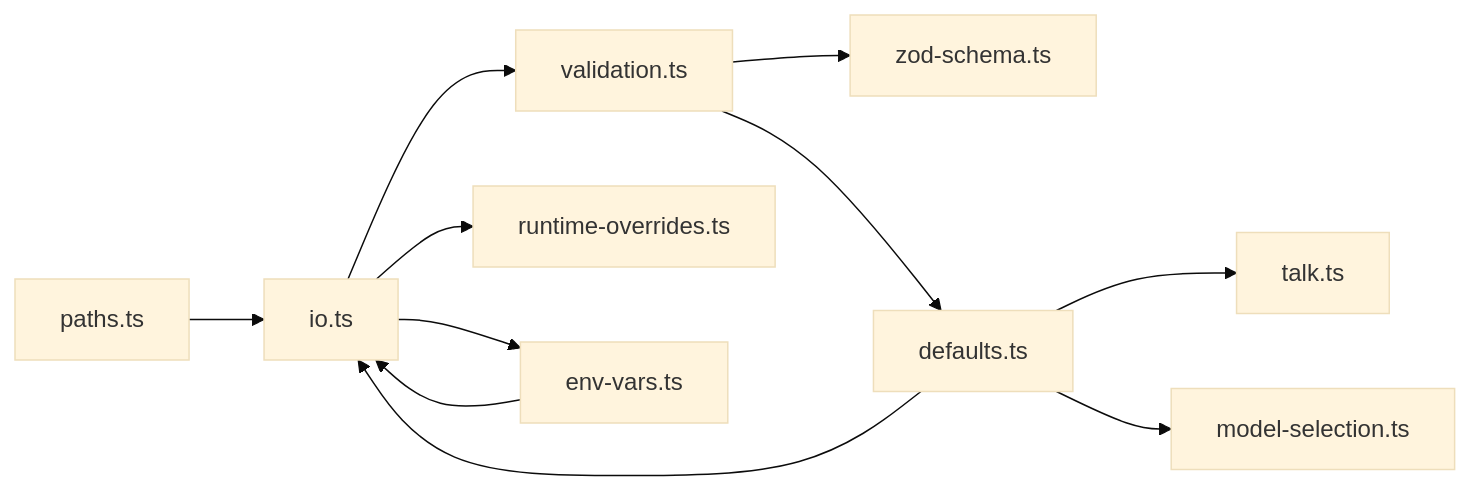
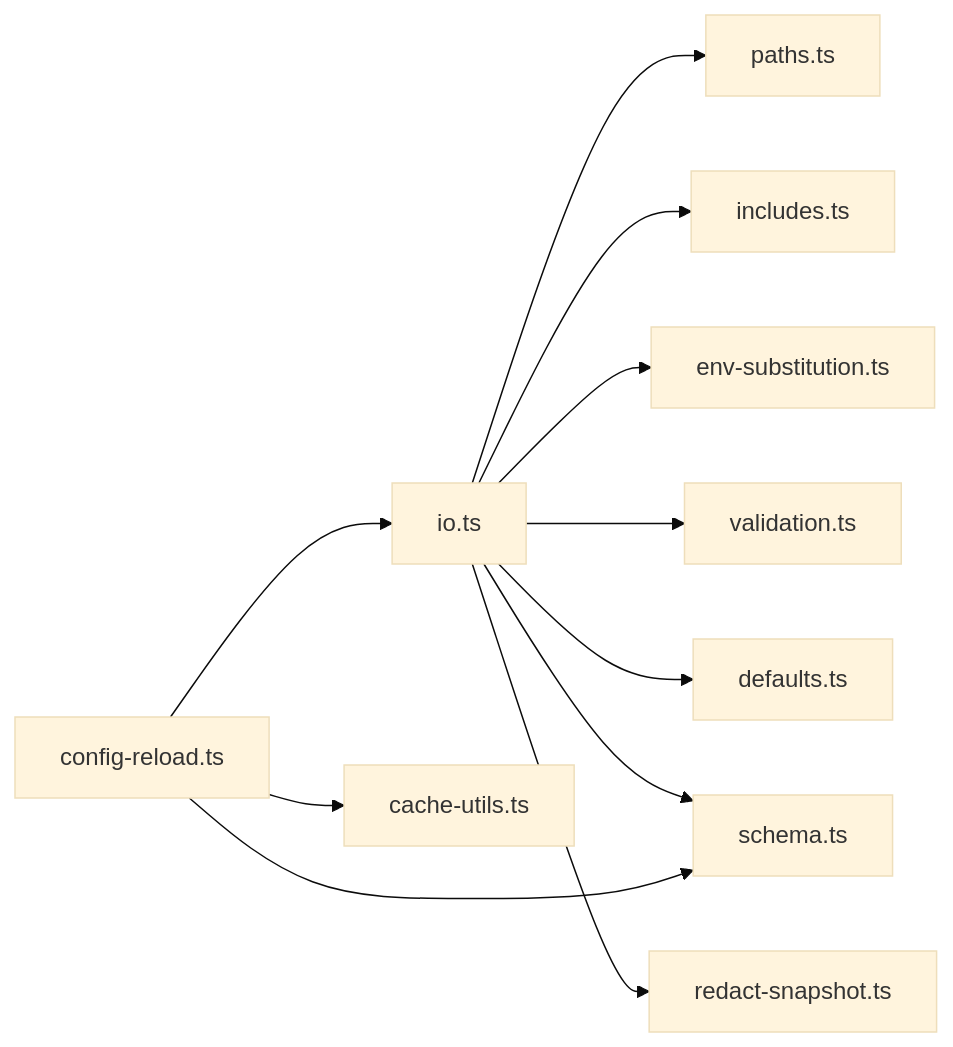
One commit to botx-work/OpenClaw-Internals changed the tenth of 10 diagrams in repowiki/en/content/Configuration Management/Configuration Architecture.md. Above: the diagram before and after it, drawn with Mermaid (base theme). The commit also changed other lines of this file and 332 other files, not shown here.

````diff
--- a/repowiki/en/content/Configuration Management/Configuration Architecture.md
+++ b/repowiki/en/content/Configuration Management/Configuration Architecture.md
@@ -361,13 +373,13 @@
 ```mermaid
 graph LR
-Paths["paths.ts"] --> IO["io.ts"]
-IO --> Val["validation.ts"]
-Val --> Zod["zod-schema.ts"]
-Val --> Def["defaults.ts"]
-Def --> Talk["talk.ts"]
-Def --> Models["model-selection.ts"]
-IO --> Rt["runtime-overrides.ts"]
-IO --> Env["env-vars.ts"]
-Def --> IO
-Env --> IO
+IO["io.ts"] --> PATHS["paths.ts"]
+IO --> INC["includes.ts"]
+IO --> ENV["env-substitution.ts"]
+IO --> VAL["validation.ts"]
+IO --> DEF["defaults.ts"]
+IO --> SCH["schema.ts"]
+IO --> RED["redact-snapshot.ts"]
+GW["config-reload.ts"] --> IO
+GW --> SCH
+GW --> CU["cache-utils.ts"]
 ```
````
